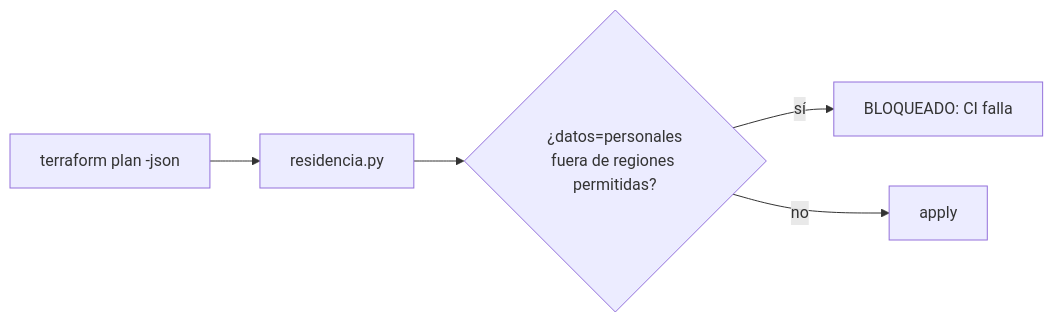
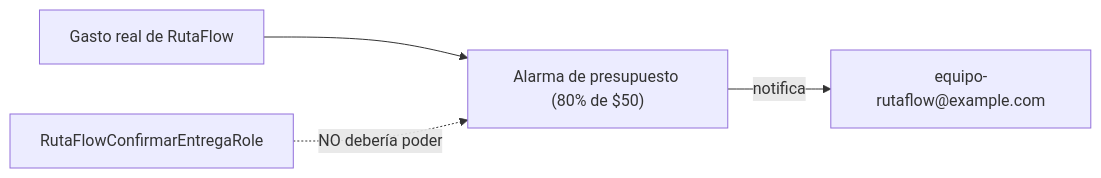
One commit to NICORUIZ93/The_Imperial_Book changed the eighth of 14 diagrams in web/public/content/cloud/modulo-32.md. Above: the diagram before and after it, drawn with Mermaid. The commit also changed other lines of this file and 305 other files, not shown here.

````diff
--- a/web/public/content/cloud/modulo-32.md
+++ b/web/public/content/cloud/modulo-32.md
@@ -297,7 +241,6 @@
 ```mermaid
 flowchart LR
-    P["terraform plan -json"] --> R["residencia.py"]
-    R --> C{"¿datos=personales<br/>fuera de regiones permitidas?"}
-    C -->|sí| B["BLOQUEADO: CI falla"]
-    C -->|no| A["apply"]
+  Gasto["Gasto real de RutaFlow"] --> Presupuesto["Alarma de presupuesto (80% de $50)"]
+  Presupuesto -->|notifica| Equipo["equipo-rutaflow@example.com"]
+  Rol["RutaFlowConfirmarEntregaRole"] -.->|NO debería poder| Presupuesto
 ```
````
